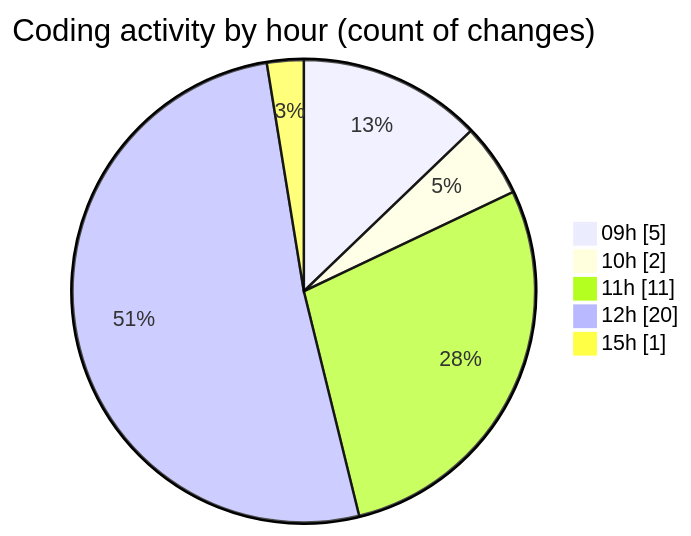
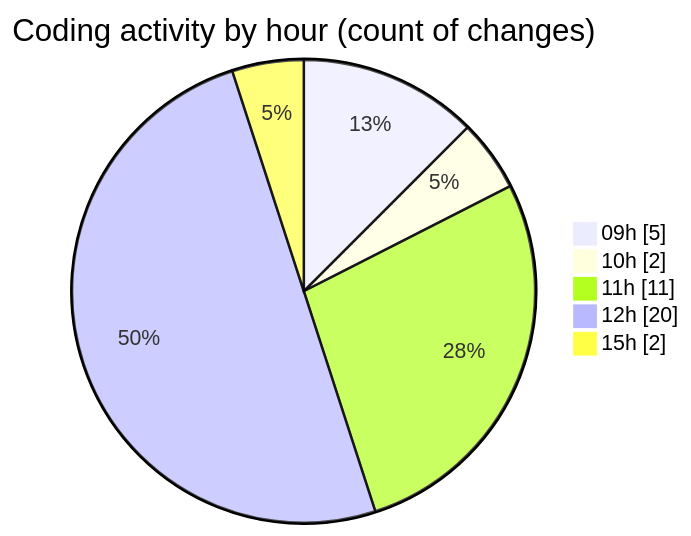
The second of 2 diagrams in 2026-03-11/cda/README.md (momahboobian/code-tracking), drawn with Mermaid before and after one commit. The commit also changed other lines of this file and 1 other file, not shown here.

````diff
--- a/2026-03-11/cda/README.md
+++ b/2026-03-11/cda/README.md
@@ -45,9 +47,9 @@
 ```mermaid
 pie showData
 title Coding activity by hour (count of changes)
 "09h" : 5
 "10h" : 2
 "11h" : 11
 "12h" : 20
-"15h" : 1
+"15h" : 2
 ```
````
